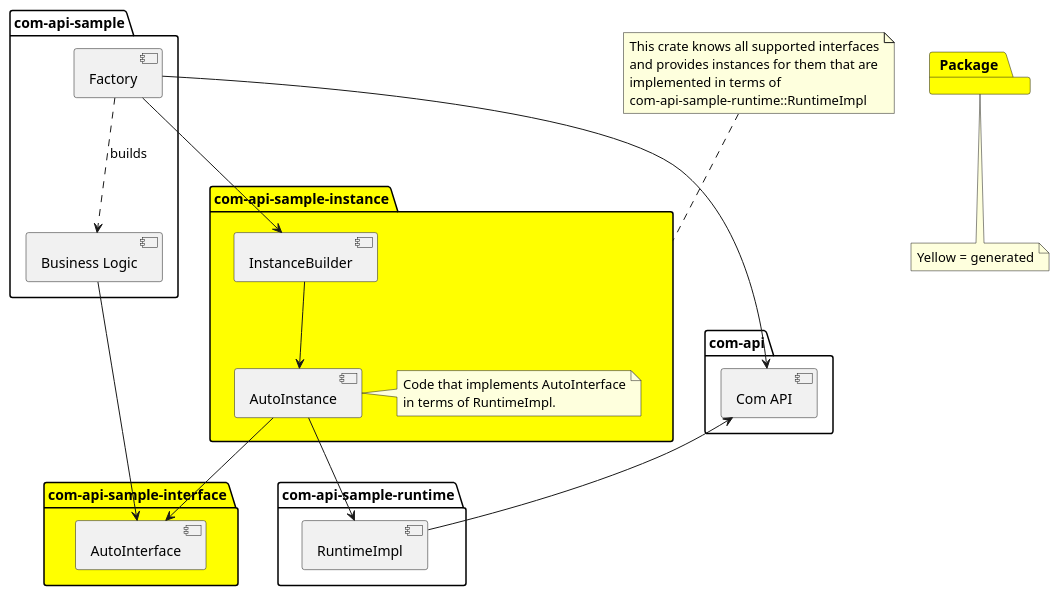
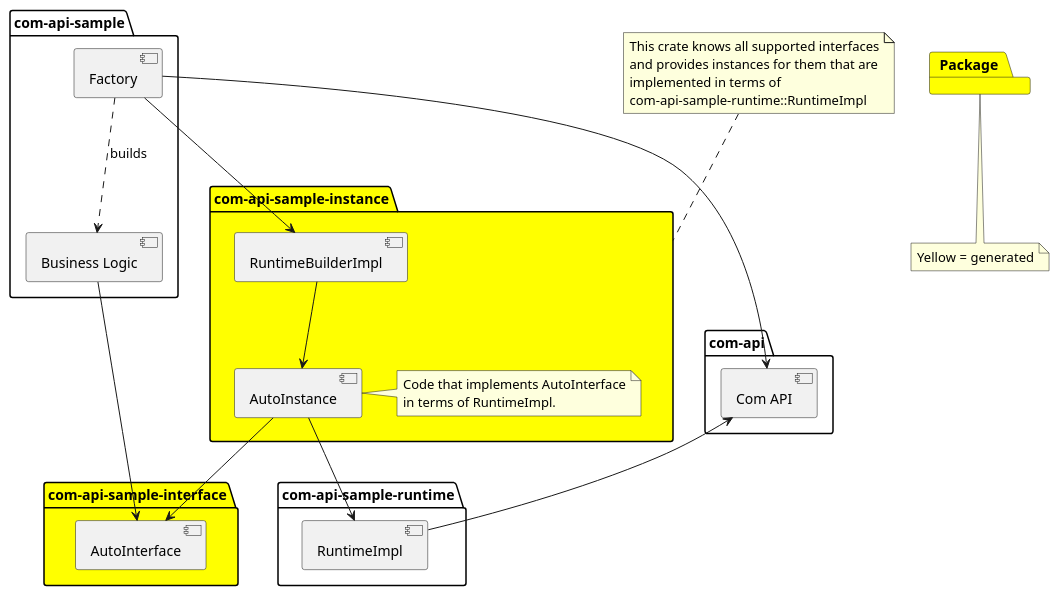
The diagram in com-api/docs/Comp.puml (eclipse-score/inc_mw_com), drawn with PlantUML before and after one commit. The commit also changed 9 other files, not shown here.

```diff
--- a/com-api/docs/Comp.puml
+++ b/com-api/docs/Comp.puml
@@ -1,52 +1,52 @@
 @startuml
 'https://plantuml.com/component-diagram
 package "com-api" {
     [Com API]
 }
 
 package "com-api-sample-runtime" {
     [Com API] <-- [RuntimeImpl]
 }
 
 package "com-api" {
     [Com API]
 }
 
 package "com-api-sample-interface" #Yellow {
     [AutoInterface]
 }
 
 package "com-api-sample-instance" #Yellow {
     [AutoInstance]
     [AutoInstance] --> [RuntimeImpl]
     [AutoInstance] --> [AutoInterface]
-    [InstanceBuilder]
-    [InstanceBuilder] --> [AutoInstance]
+    [RuntimeBuilderImpl]
+    [RuntimeBuilderImpl] --> [AutoInstance]
 
     note right of [AutoInstance]
         Code that implements AutoInterface
         in terms of RuntimeImpl.
     end note
 }
 
 note top of "com-api-sample-instance"
         This crate knows all supported interfaces
         and provides instances for them that are
         implemented in terms of
         com-api-sample-runtime::RuntimeImpl
 end note
 
 package "com-api-sample" {
     [Factory]
     [Business Logic] --> [AutoInterface]
-    [Factory] --> [InstanceBuilder]
+    [Factory] --> [RuntimeBuilderImpl]
     [Factory] --> [Com API]
     [Factory] ..> [Business Logic] : builds
 }
 
 package "Package" #Yellow
 note bottom of "Package"
     Yellow = generated
 end note
 
 @enduml
```
